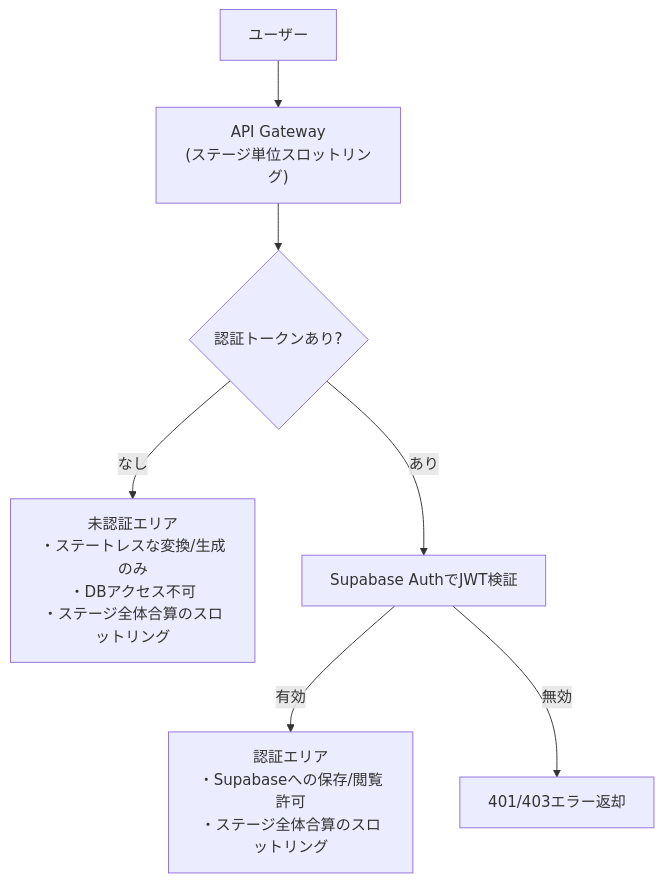
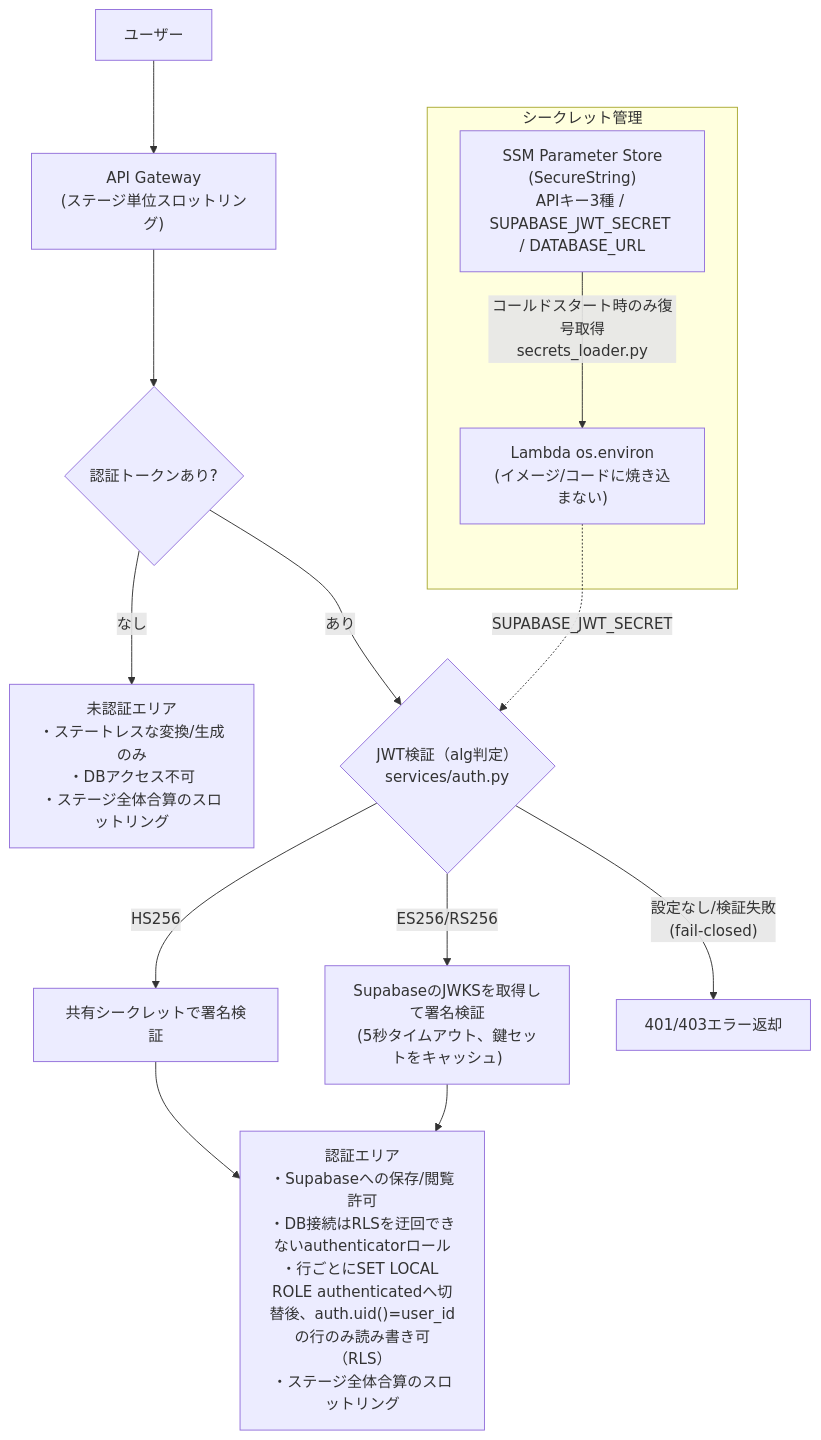
One commit to EisukeHishikawa/adapt-sheet changed the sixth of 8 diagrams in docs/architecture.md. Above: the diagram before and after it, drawn with Mermaid. The commit also changed other lines of this file, not shown here.

Commit message:
docs: セキュリティ概要図にシークレット保管・RLS・JWKS検証を追記
architecture.mdの5章にAPIキー等のSSM Parameter Store保管経路、JWTのHS256/JWKS検証分岐、RLSによる行制限をmermaid図と説明文で反映する。

Claude-Session: https://claude.ai/code/session_013k4VRKfy212HvkhHUch2YT

````diff
--- a/docs/architecture.md
+++ b/docs/architecture.md
@@ -229,10 +229,20 @@
 ```mermaid
 flowchart TD
+    subgraph Secrets["シークレット管理"]
+        SSM["SSM Parameter Store<br/>(SecureString)<br/>APIキー3種 / SUPABASE_JWT_SECRET / DATABASE_URL"]
+        Env["Lambda os.environ<br/>(イメージ/コードに焼き込まない)"]
+        SSM -->|"コールドスタート時のみ復号取得<br/>secrets_loader.py"| Env
+    end
+
     User["ユーザー"] --> APIGW["API Gateway<br/>(ステージ単位スロットリング)"]
     APIGW --> Router{"認証トークンあり?"}
 
     Router -->|なし| Public["未認証エリア<br/>・ステートレスな変換/生成のみ<br/>・DBアクセス不可<br/>・ステージ全体合算のスロットリング"]
-    Router -->|あり| SupabaseAuthCheck["Supabase AuthでJWT検証"]
-    SupabaseAuthCheck -->|有効| Private["認証エリア<br/>・Supabaseへの保存/閲覧許可<br/>・ステージ全体合算のスロットリング"]
-    SupabaseAuthCheck -->|無効| Reject["401/403エラー返却"]
+    Router -->|あり| JWTCheck{"JWT検証（alg判定）<br/>services/auth.py"}
+    Env -.->|SUPABASE_JWT_SECRET| JWTCheck
+    JWTCheck -->|HS256| Shared["共有シークレットで署名検証"]
+    JWTCheck -->|ES256/RS256| JWKS["SupabaseのJWKSを取得して署名検証<br/>(5秒タイムアウト、鍵セットをキャッシュ)"]
+    JWTCheck -->|"設定なし/検証失敗<br/>(fail-closed)"| Reject["401/403エラー返却"]
+    Shared --> Private
+    JWKS --> Private["認証エリア<br/>・Supabaseへの保存/閲覧許可<br/>・DB接続はRLSを迂回できないauthenticatorロール<br/>・行ごとにSET LOCAL ROLE authenticatedへ切替後、auth.uid()=user_idの行のみ読み書き可（RLS）<br/>・ステージ全体合算のスロットリング"]
 ```
````
